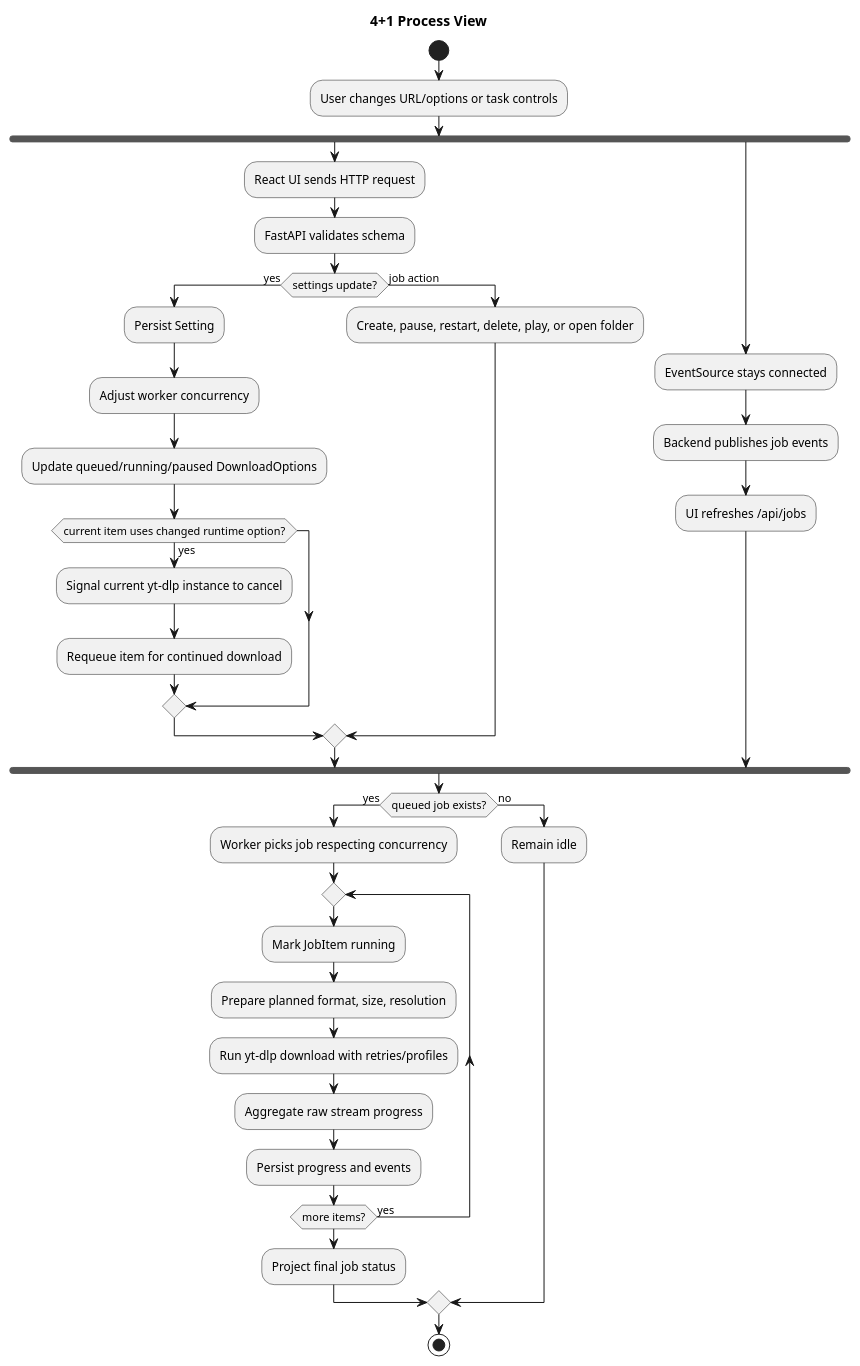
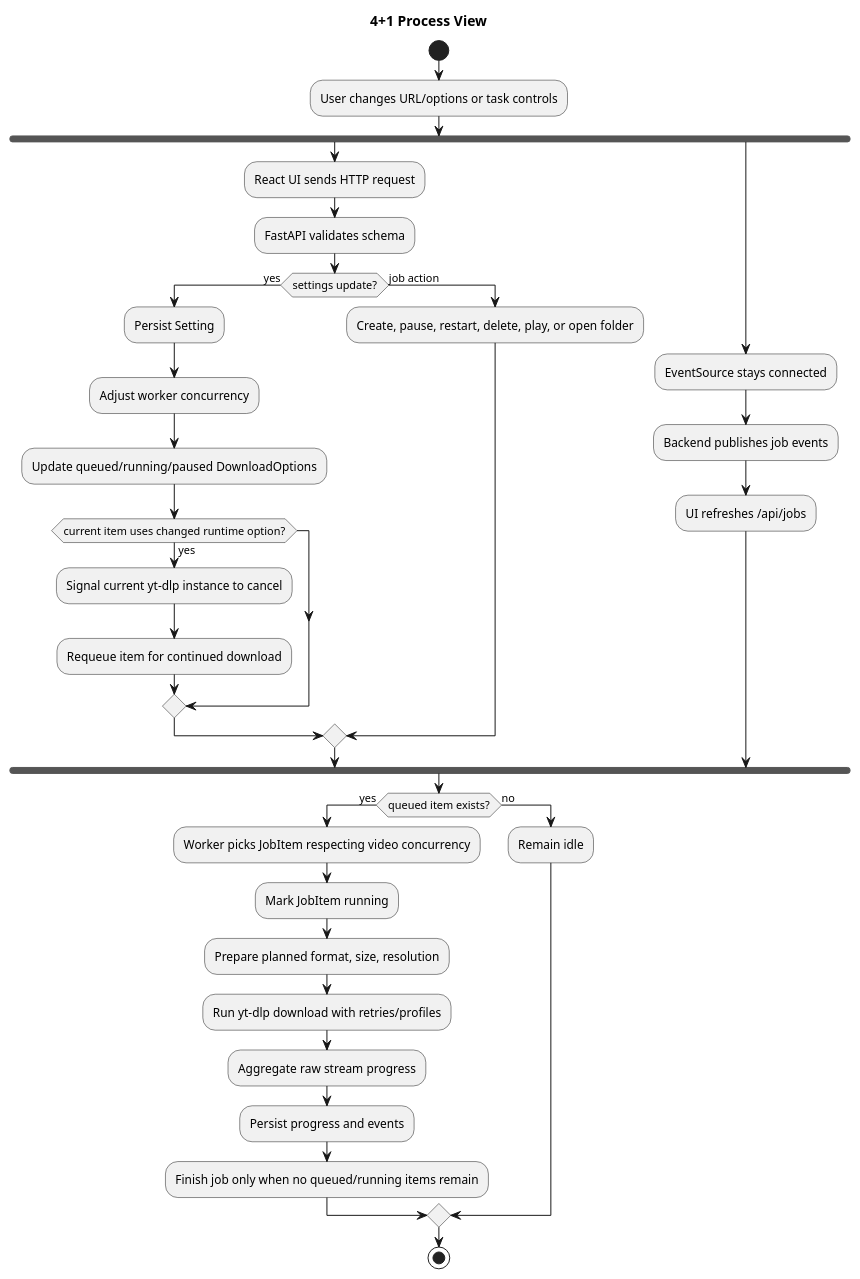
The diagram in docs/diagrams/four-plus-one-process-view.puml (hnucjx/Design-and-Implementation-of-Database-Watermarking-Algorithms-Resistant-to-Brute-Force-Attacks.), drawn with PlantUML before and after one commit. The commit also changed 12 other files, not shown here.

```diff
--- a/docs/diagrams/four-plus-one-process-view.puml
+++ b/docs/diagrams/four-plus-one-process-view.puml
@@ -1,42 +1,40 @@
 @startuml
 title 4+1 Process View
 skinparam shadowing false
 
 start
 :User changes URL/options or task controls;
 fork
   :React UI sends HTTP request;
   :FastAPI validates schema;
   if (settings update?) then (yes)
     :Persist Setting;
     :Adjust worker concurrency;
     :Update queued/running/paused DownloadOptions;
     if (current item uses changed runtime option?) then (yes)
       :Signal current yt-dlp instance to cancel;
       :Requeue item for continued download;
     endif
   else (job action)
     :Create, pause, restart, delete, play, or open folder;
   endif
 fork again
   :EventSource stays connected;
   :Backend publishes job events;
   :UI refreshes /api/jobs;
 end fork
 
-if (queued job exists?) then (yes)
-  :Worker picks job respecting concurrency;
-  repeat
-    :Mark JobItem running;
-    :Prepare planned format, size, resolution;
-    :Run yt-dlp download with retries/profiles;
-    :Aggregate raw stream progress;
-    :Persist progress and events;
-  repeat while (more items?) is (yes)
-  :Project final job status;
+if (queued item exists?) then (yes)
+  :Worker picks JobItem respecting video concurrency;
+  :Mark JobItem running;
+  :Prepare planned format, size, resolution;
+  :Run yt-dlp download with retries/profiles;
+  :Aggregate raw stream progress;
+  :Persist progress and events;
+  :Finish job only when no queued/running items remain;
 else (no)
   :Remain idle;
 endif
 
 stop
 @enduml
```
